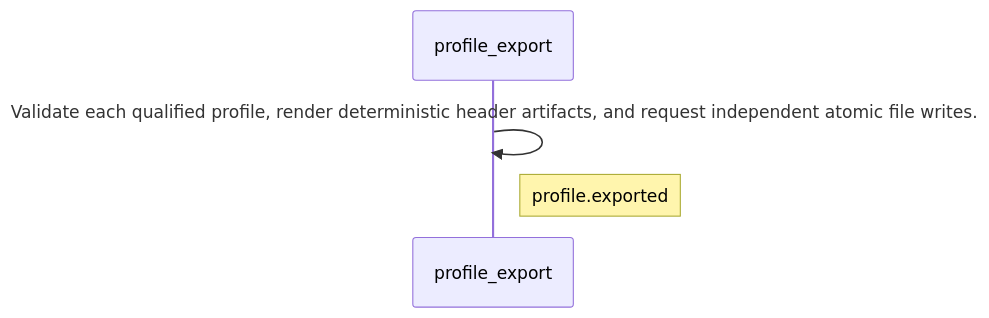
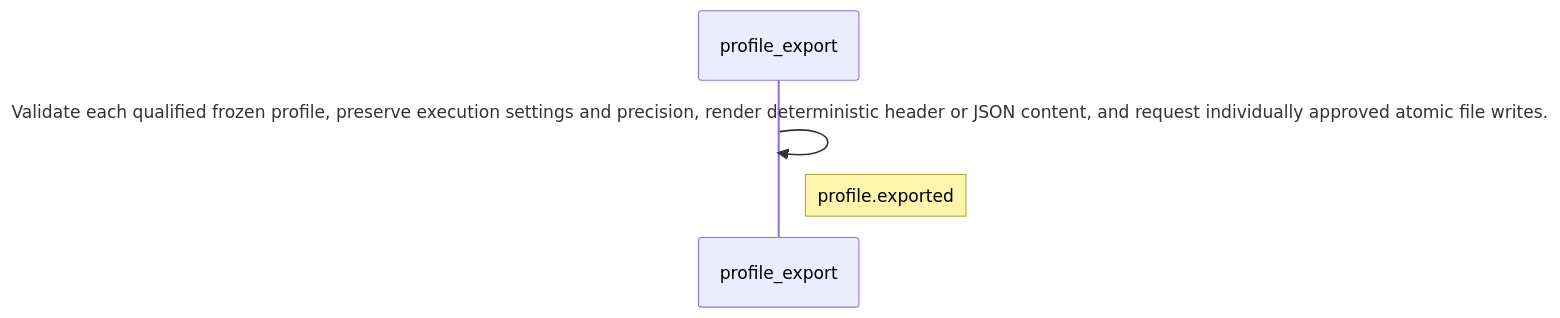
The second of 2 diagrams in architecture/generated/profile_export.md (ShinWeiPeng/dual-imu-collision-studio), drawn with Mermaid before and after one commit. The commit also changed other lines of this file and 14 other files, not shown here.

Commit message:
Add qualified model JSON export and record rearm follow-up

````diff
--- a/architecture/generated/profile_export.md
+++ b/architecture/generated/profile_export.md
@@ -78,6 +78,6 @@
 ```mermaid
 sequenceDiagram
     participant n_profile_export as profile_export
-    n_profile_export->>n_profile_export: Validate each qualified profile, render deterministic header artifacts, and request independent atomic file writes.
+    n_profile_export->>n_profile_export: Validate each qualified frozen profile, preserve execution settings and precision, render deterministic header or JSON content, and request individually approved atomic file writes.
     Note right of n_profile_export: profile.exported
 ```
````
